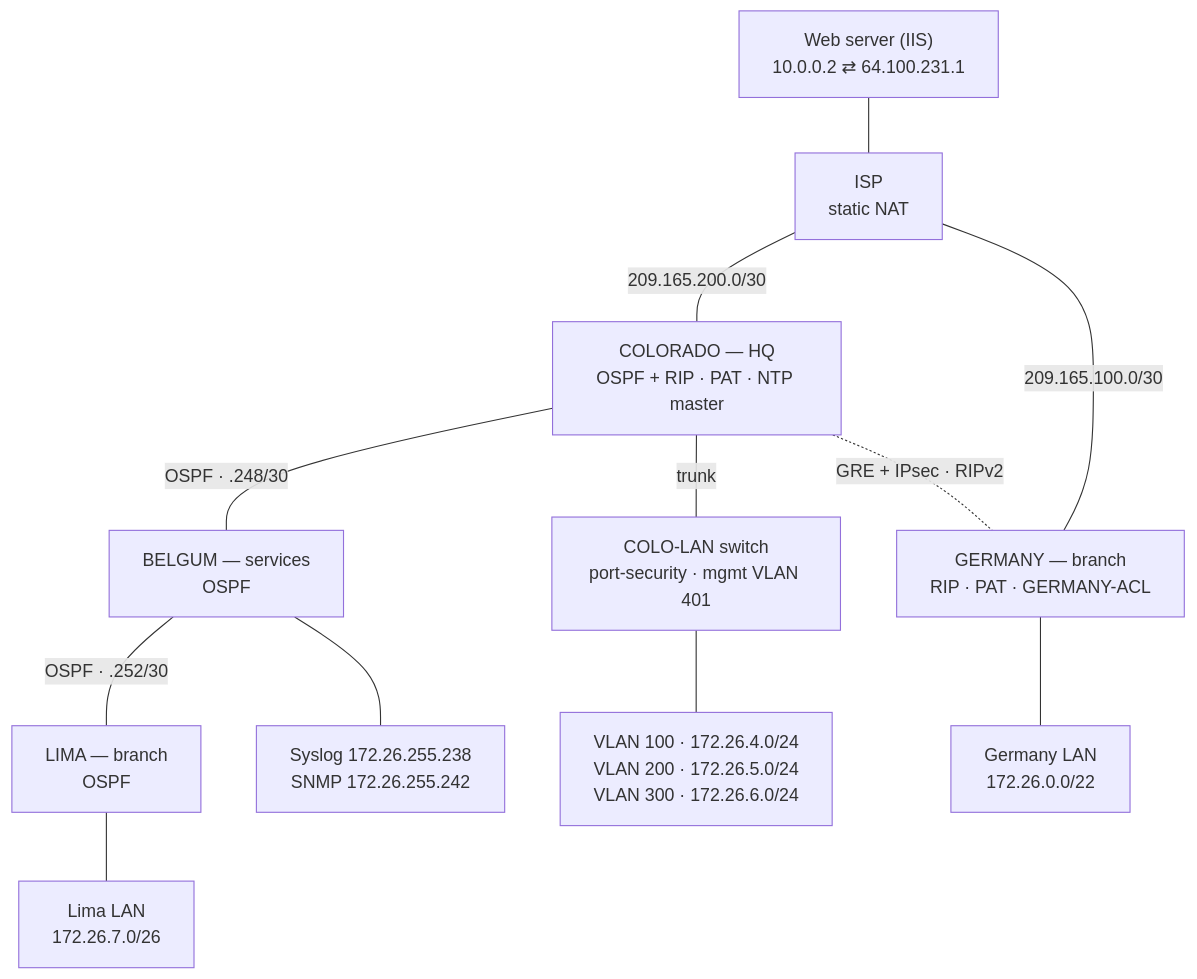
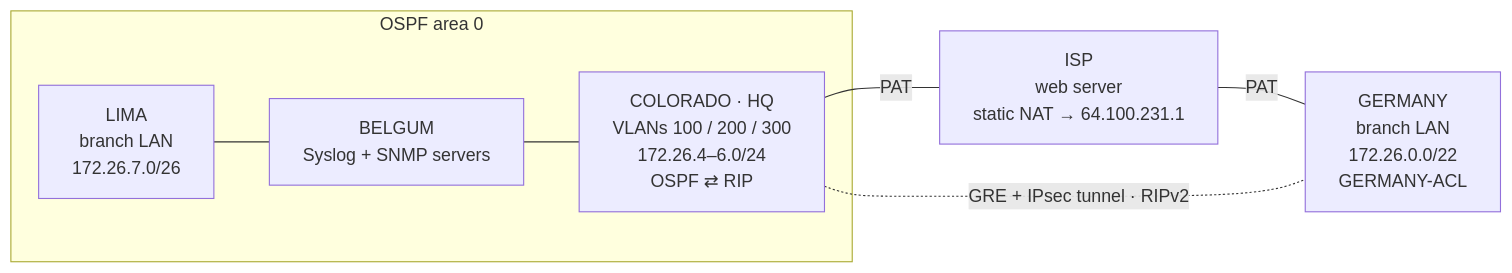
Before and after one commit to dhynh279/encor-labs: the diagram in ccna-case-study-2025/README.md, drawn with Mermaid. The commit also changed other lines of this file and 18 other files, not shown here.

````diff
--- a/ccna-case-study-2025/README.md
+++ b/ccna-case-study-2025/README.md
@@ -20,25 +20,15 @@
 ```mermaid
-flowchart TB
-    WEB["Web server (IIS)<br/>10.0.0.2 ⇄ 64.100.231.1"]
-    ISP["ISP<br/>static NAT"]
-    COL["COLORADO — HQ<br/>OSPF + RIP · PAT · NTP master"]
-    GE["GERMANY — branch<br/>RIP · PAT · GERMANY-ACL"]
-    BG["BELGUM — services<br/>OSPF"]
-    LM["LIMA — branch<br/>OSPF"]
-    SW["COLO-LAN switch<br/>port-security · mgmt VLAN 401"]
-    VL["VLAN 100 · 172.26.4.0/24<br/>VLAN 200 · 172.26.5.0/24<br/>VLAN 300 · 172.26.6.0/24"]
-    GLAN["Germany LAN<br/>172.26.0.0/22"]
-    LLAN["Lima LAN<br/>172.26.7.0/26"]
-    SRV["Syslog 172.26.255.238<br/>SNMP 172.26.255.242"]
+flowchart LR
+    subgraph OSPF["OSPF area 0"]
+        LM["LIMA<br/>branch LAN<br/>172.26.7.0/26"]
+        BG["BELGUM<br/>Syslog + SNMP servers"]
+        COL["COLORADO · HQ<br/>VLANs 100 / 200 / 300<br/>172.26.4–6.0/24<br/>OSPF ⇄ RIP"]
+    end
+    ISP["ISP<br/>web server<br/>static NAT → 64.100.231.1"]
+    GE["GERMANY<br/>branch LAN<br/>172.26.0.0/22<br/>GERMANY-ACL"]
 
-    WEB --- ISP
-    ISP ---|"209.165.200.0/30"| COL
-    COL ---|"OSPF · .248/30"| BG
-    BG ---|"OSPF · .252/30"| LM
-    BG --- SRV
-    LM --- LLAN
-    COL ---|"trunk"| SW --- VL
-    ISP ---|"209.165.100.0/30"| GE
-    COL -.-|"GRE + IPsec · RIPv2"| GE
-    GE --- GLAN
+    LM --- BG --- COL
+    COL ---|"PAT"| ISP
+    ISP ---|"PAT"| GE
+    COL -.-|"GRE + IPsec tunnel · RIPv2"| GE
 ```
````
